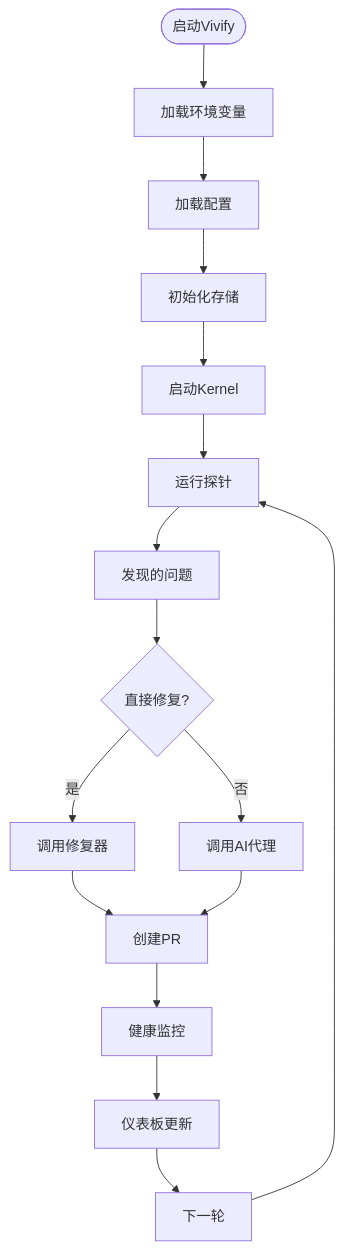
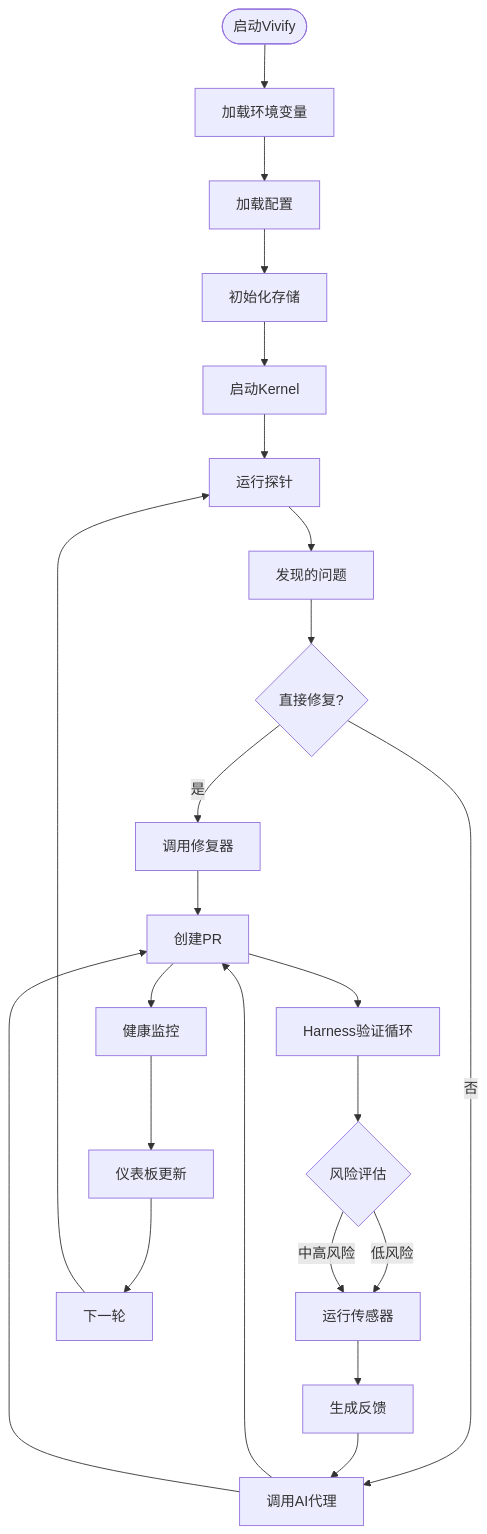
Before and after one commit to pinsonchen/vivify: the second of 9 diagrams in .qoder/repowiki/zh/content/技术实现参考/技术实现参考.md, drawn with Mermaid. The commit also changed other lines of this file and 25 other files, not shown here.

````diff
--- a/.qoder/repowiki/zh/content/技术实现参考/技术实现参考.md
+++ b/.qoder/repowiki/zh/content/技术实现参考/技术实现参考.md
@@ -118,18 +151,25 @@
 ```mermaid
 flowchart TD
 Start(["启动Vivify"]) --> Env["加载环境变量"]
 Env --> Config["加载配置"]
 Config --> Storage["初始化存储"]
 Storage --> Kernel["启动Kernel"]
 Kernel --> Probes["运行探针"]
 Probes --> Issues["发现的问题"]
 Issues --> DirectFix{"直接修复?"}
 DirectFix --> |是| Fixer["调用修复器"]
 DirectFix --> |否| Agent["调用AI代理"]
 Fixer --> PR["创建PR"]
 Agent --> PR
+PR --> Harness["Harness验证循环"]
+Harness --> Risk{"风险评估"}
+Risk --> |低风险| Sensors["运行传感器"]
+Risk --> |中高风险| Sensors
+Sensors --> Feedback["生成反馈"]
+Feedback --> Agent
+Agent --> PR
 PR --> Monitor["健康监控"]
 Monitor --> Dashboard["仪表板更新"]
 Dashboard --> Next["下一轮"]
 Next --> Probes
 ```
````
